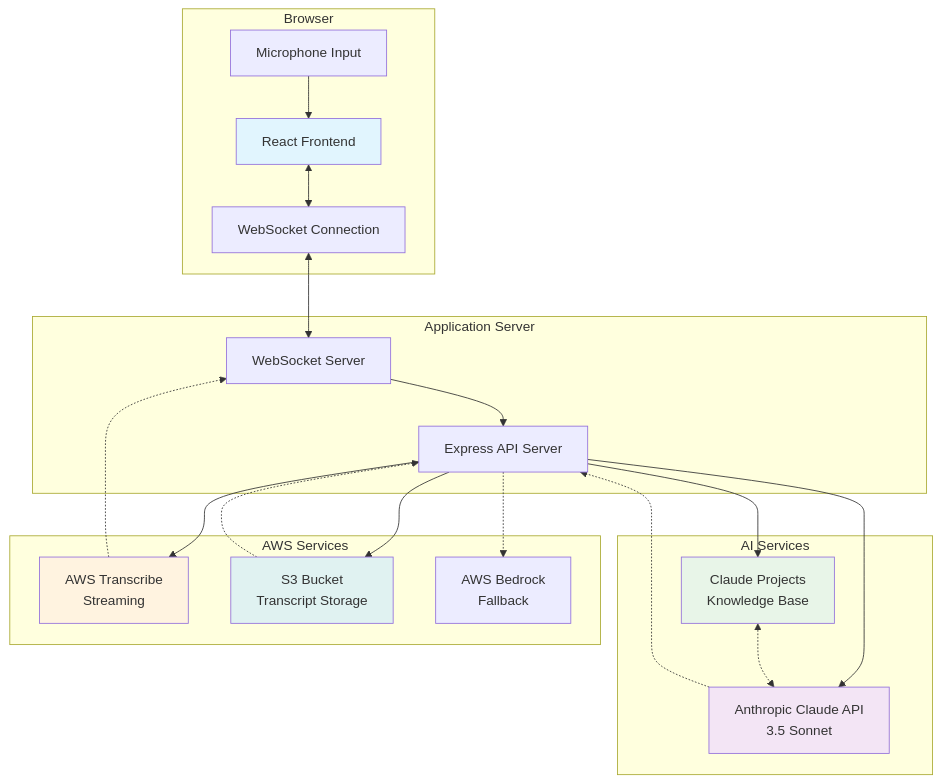
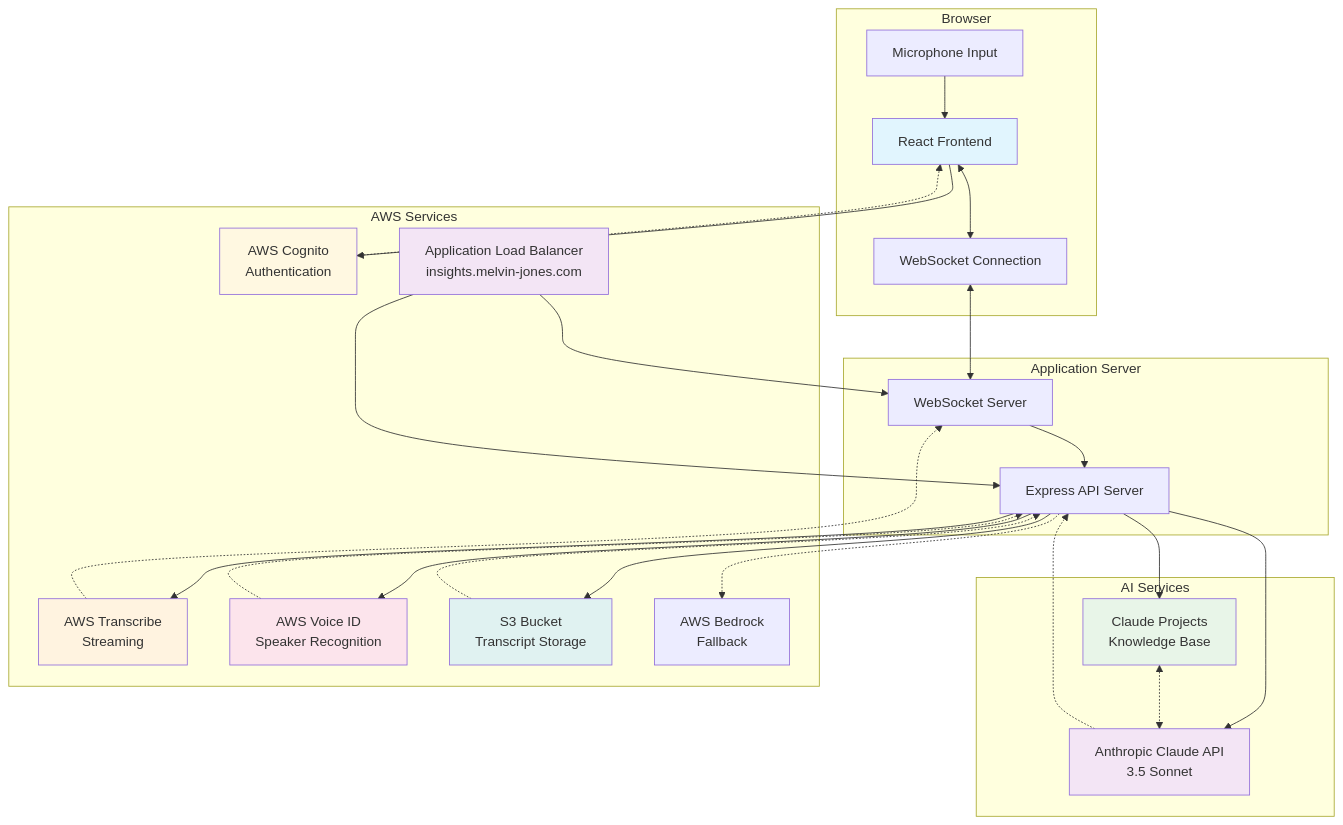
Before and after one commit to mjones3/architect-transcript-insights: the first of 9 diagrams in README.md, drawn with Mermaid. The commit also changed other lines of this file and 46 other files, not shown here.

Commit message:
Initial commit: Architect Transcript Insights with iterative deployment setup

````diff
--- a/README.md
+++ b/README.md
@@ -7,45 +21,57 @@
 ```mermaid
 graph TB
     subgraph "Browser"
         UI[React Frontend]
         MIC[Microphone Input]
         WS[WebSocket Connection]
     end
     
     subgraph "Application Server"
         API[Express API Server]
         WSS[WebSocket Server]
     end
     
     subgraph "AI Services"
         CLAUDE[Anthropic Claude API<br/>3.5 Sonnet]
         PROJECTS[Claude Projects<br/>Knowledge Base]
     end
     
     subgraph "AWS Services"
+        COGNITO[AWS Cognito<br/>Authentication]
         TRANSCRIBE[AWS Transcribe<br/>Streaming]
+        VOICEID[AWS Voice ID<br/>Speaker Recognition]
         S3[S3 Bucket<br/>Transcript Storage]
+        ALB[Application Load Balancer<br/>insights.melvin-jones.com]
         BEDROCK[AWS Bedrock<br/>Fallback]
     end
     
+    UI --> COGNITO
+    COGNITO -.-> UI
     MIC --> UI
     UI <--> WS
     WS <--> WSS
     WSS --> API
     API --> TRANSCRIBE
+    API --> VOICEID
     API --> CLAUDE
     API --> PROJECTS
     API --> S3
     API -.-> BEDROCK
     
+    ALB --> WSS
+    ALB --> API
     TRANSCRIBE -.-> WSS
+    VOICEID -.-> API
     CLAUDE -.-> API
     PROJECTS <-.-> CLAUDE
     S3 -.-> API
 
     style UI fill:#e1f5fe
+    style COGNITO fill:#fff8e1
+    style ALB fill:#f3e5f5
     style TRANSCRIBE fill:#fff3e0
+    style VOICEID fill:#fce4ec
     style CLAUDE fill:#f3e5f5
     style PROJECTS fill:#e8f5e8
     style S3 fill:#e0f2f1
 ```
````
